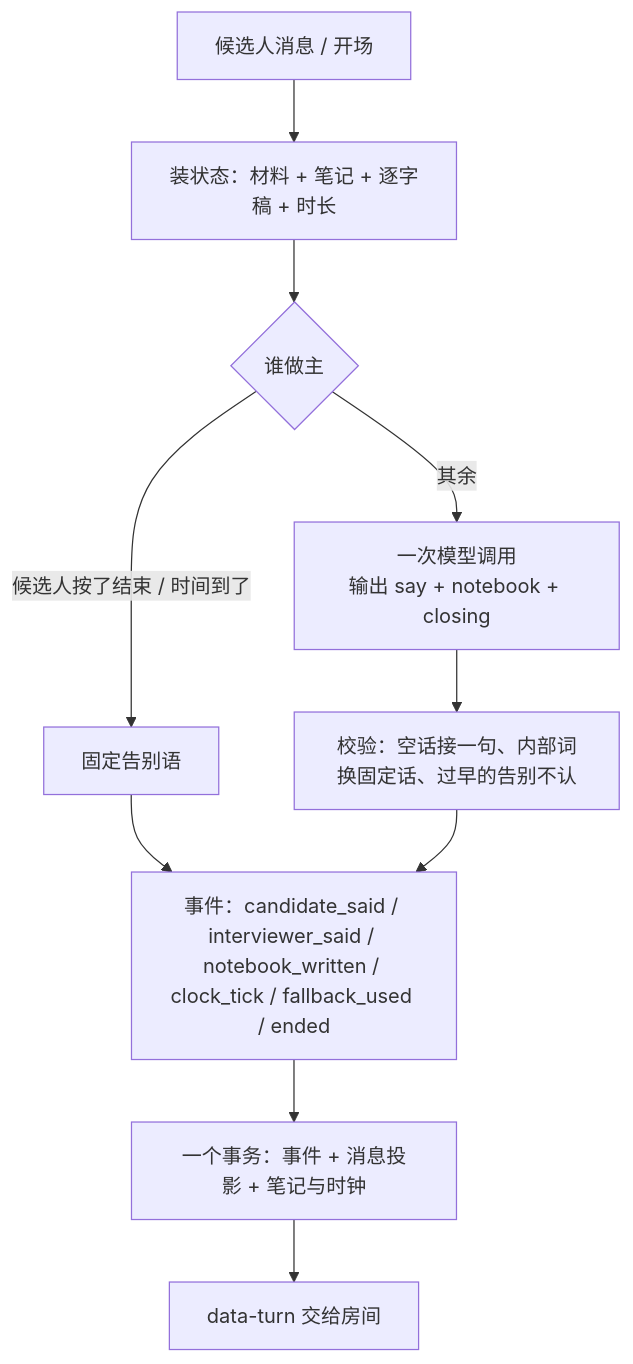
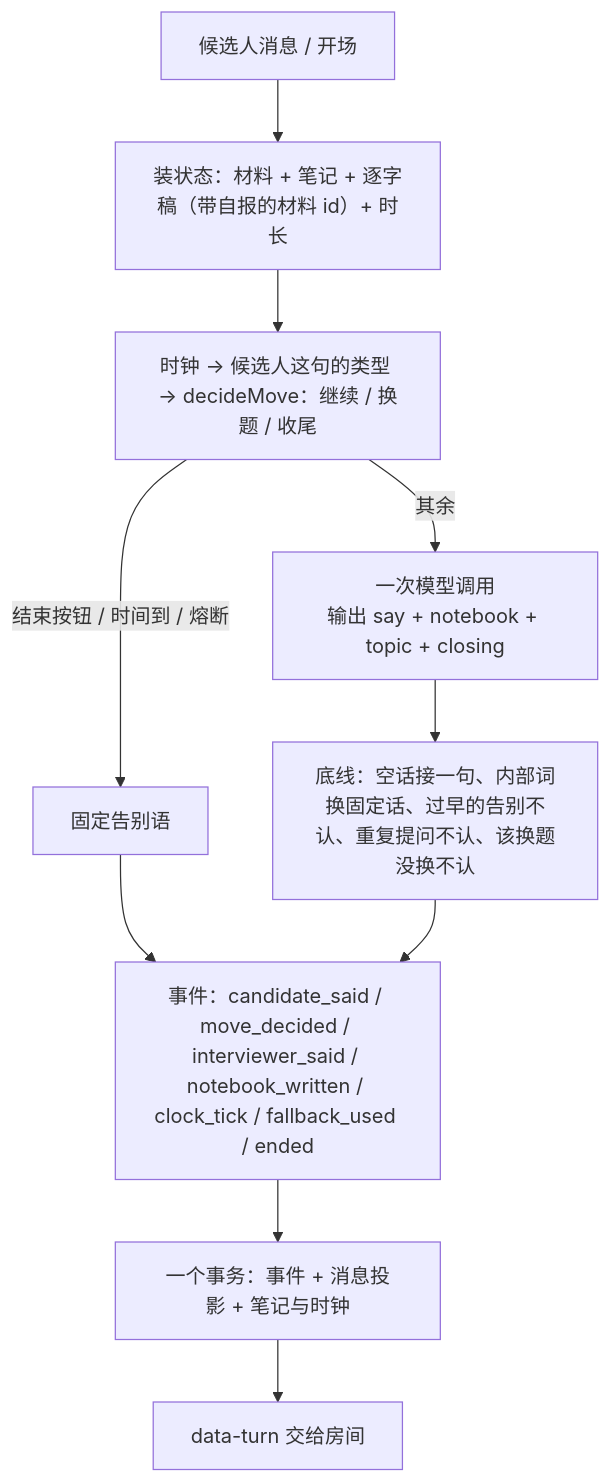
Before and after one commit to yuecao365/OfferCome: the diagram in docs/interview-flow-during.md, drawn with Mermaid. The commit also changed other lines of this file and 41 other files, not shown here.

````diff
--- a/docs/interview-flow-during.md
+++ b/docs/interview-flow-during.md
@@ -9,12 +9,12 @@
 ```mermaid
 flowchart TD
-  M[候选人消息 / 开场] --> L[装状态：材料 + 笔记 + 逐字稿 + 时长]
-  L --> P{谁做主}
-  P -- 候选人按了结束 / 时间到了 --> F[固定告别语]
-  P -- 其余 --> A[一次模型调用<br/>输出 say + notebook + closing]
-  A --> V[校验：空话接一句、内部词换固定话、过早的告别不认]
+  M[候选人消息 / 开场] --> L[装状态：材料 + 笔记 + 逐字稿（带自报的材料 id）+ 时长]
+  L --> C[时钟 → 候选人这句的类型 → decideMove：继续 / 换题 / 收尾]
+  C -- 结束按钮 / 时间到 / 熔断 --> F[固定告别语]
+  C -- 其余 --> A[一次模型调用<br/>输出 say + notebook + topic + closing]
+  A --> V[底线：空话接一句、内部词换固定话、过早的告别不认、重复提问不认、该换题没换不认]
   F --> E
-  V --> E[事件：candidate_said / interviewer_said / notebook_written / clock_tick / fallback_used / ended]
+  V --> E[事件：candidate_said / move_decided / interviewer_said / notebook_written / clock_tick / fallback_used / ended]
   E --> S[一个事务：事件 + 消息投影 + 笔记与时钟]
   S --> UI[data-turn 交给房间]
 ```
````
